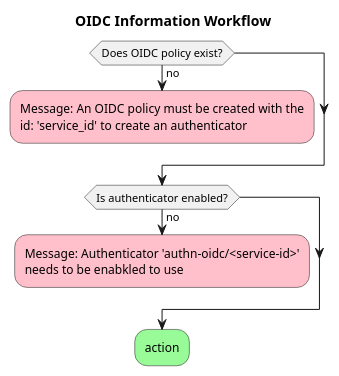
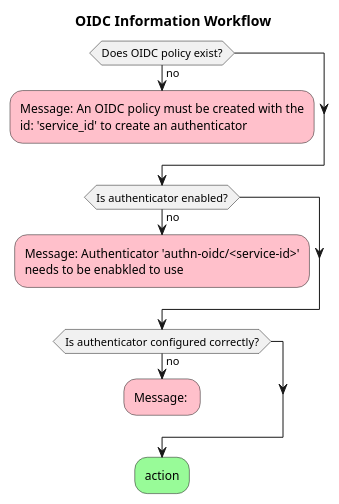
Before and after one commit to cyberark/conjur: the diagram in design/authenticators/authn-oidc/v2/information-flow.puml, drawn with PlantUML.

Commit message:
oidc error workflow

```diff
--- a/design/authenticators/authn-oidc/v2/information-flow.puml
+++ b/design/authenticators/authn-oidc/v2/information-flow.puml
@@ -1,14 +1,20 @@
 @startuml
 title OIDC Information Workflow
 if (Does OIDC policy exist?) is (no) then
   #pink:Message: An OIDC policy must be created with the\nid: 'service_id' to create an authenticator;
   kill
 endif
 if (Is authenticator enabled?) is (no) then
   #pink:Message: Authenticator 'authn-oidc/<service-id>'\nneeds to be enabkled to use;
   kill
 endif
 
+if (Is authenticator configured correctly?) is (no) then
+  #pink:Message: ;
+  kill
+endif
+
+
 
 #palegreen:action;
 @enduml
```
